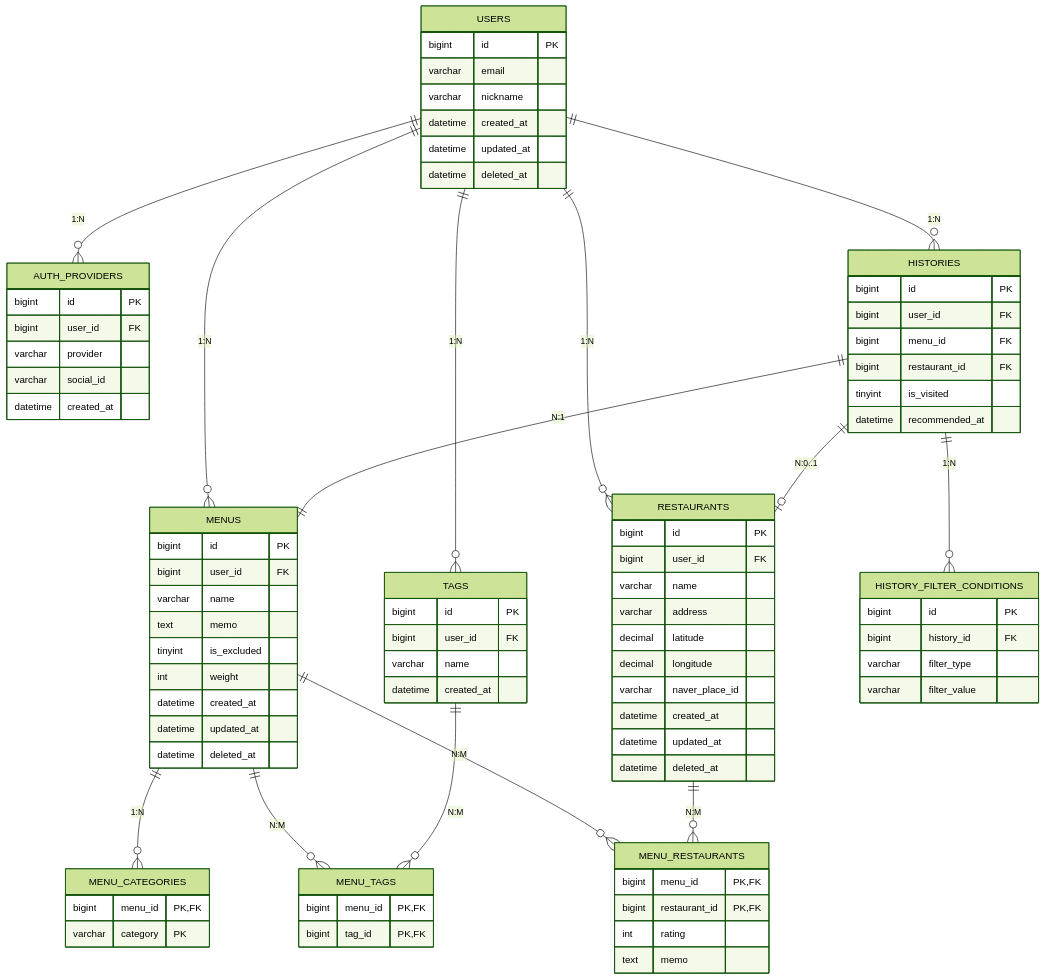
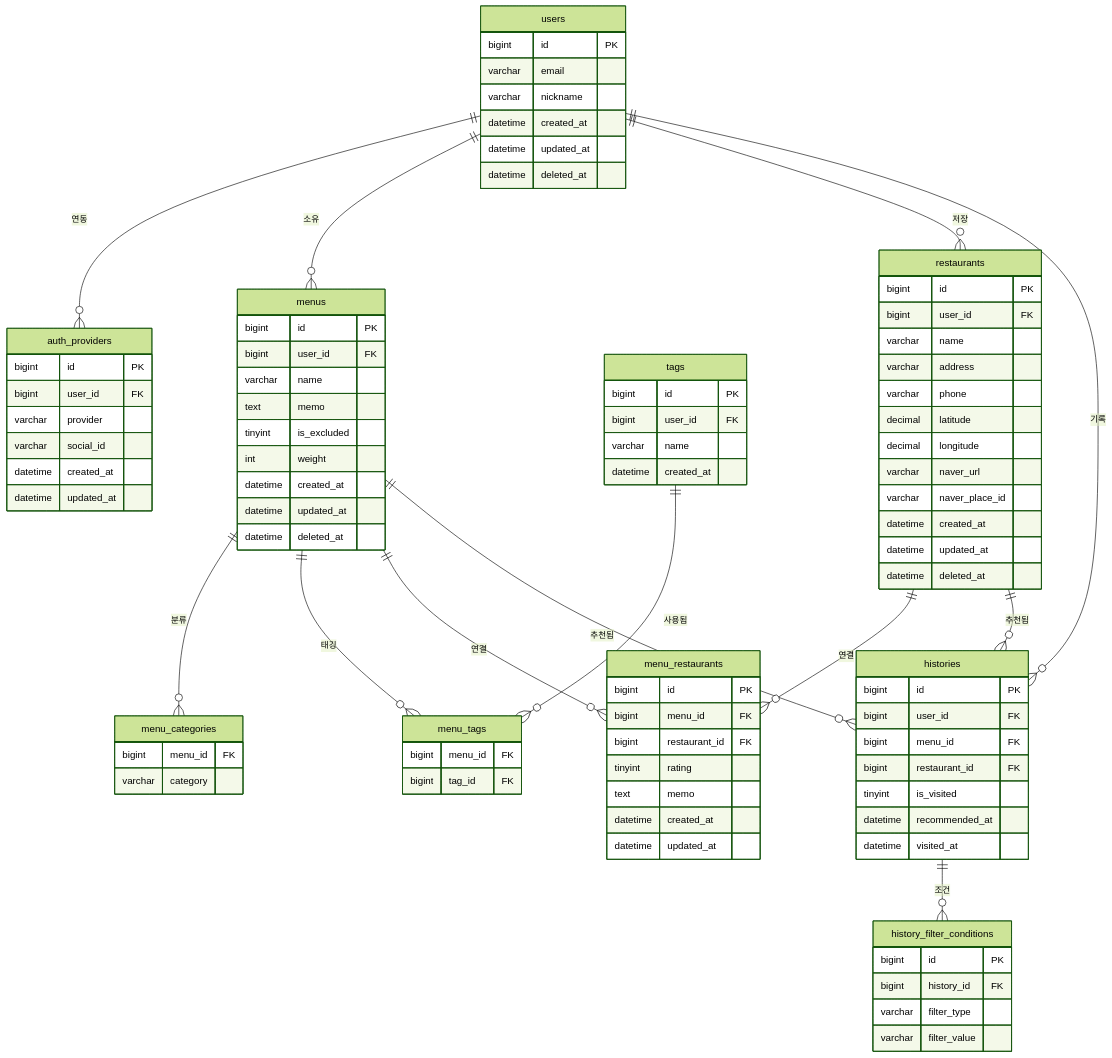
One commit to nameless0422/MenuPick changed the diagram in docs/Planning.md. Above: the diagram before and after it, drawn with Mermaid (forest theme). The commit also changed other lines of this file and 14 other files, not shown here.

````diff
--- a/docs/Planning.md
+++ b/docs/Planning.md
@@ -132,103 +245,95 @@
 ```mermaid
 erDiagram
-USERS ||--o{ AUTH_PROVIDERS : "1:N"
-USERS ||--o{ MENUS : "1:N"
-USERS ||--o{ TAGS : "1:N"
-USERS ||--o{ RESTAURANTS : "1:N"
-USERS ||--o{ HISTORIES : "1:N"
+  users {
+    bigint id PK
+    varchar email
+    varchar nickname
+    datetime created_at
+    datetime updated_at
+    datetime deleted_at
+  }
+  auth_providers {
+    bigint id PK
+    bigint user_id FK
+    varchar provider
+    varchar social_id
+    datetime created_at
+    datetime updated_at
+  }
+  menus {
+    bigint id PK
+    bigint user_id FK
+    varchar name
+    text memo
+    tinyint is_excluded
+    int weight
+    datetime created_at
+    datetime updated_at
+    datetime deleted_at
+  }
+  menu_categories {
+    bigint menu_id FK
+    varchar category
+  }
+  tags {
+    bigint id PK
+    bigint user_id FK
+    varchar name
+    datetime created_at
+  }
+  menu_tags {
+    bigint menu_id FK
+    bigint tag_id FK
+  }
+  restaurants {
+    bigint id PK
+    bigint user_id FK
+    varchar name
+    varchar address
+    varchar phone
+    decimal latitude
+    decimal longitude
+    varchar naver_url
+    varchar naver_place_id
+    datetime created_at
+    datetime updated_at
+    datetime deleted_at
+  }
+  menu_restaurants {
+    bigint id PK
+    bigint menu_id FK
+    bigint restaurant_id FK
+    tinyint rating
+    text memo
+    datetime created_at
+    datetime updated_at
+  }
+  histories {
+    bigint id PK
+    bigint user_id FK
+    bigint menu_id FK
+    bigint restaurant_id FK
+    tinyint is_visited
+    datetime recommended_at
+    datetime visited_at
+  }
+  history_filter_conditions {
+    bigint id PK
+    bigint history_id FK
+    varchar filter_type
+    varchar filter_value
+  }
 
-    MENUS ||--o{ MENU_CATEGORIES : "1:N"
-    MENUS ||--o{ MENU_TAGS : "N:M"
-    MENUS ||--o{ MENU_RESTAURANTS : "N:M"
-    
-    TAGS ||--o{ MENU_TAGS : "N:M"
-    RESTAURANTS ||--o{ MENU_RESTAURANTS : "N:M"
-
-    HISTORIES ||--|| MENUS : "N:1"
-    HISTORIES ||--o| RESTAURANTS : "N:0..1"
-    HISTORIES ||--o{ HISTORY_FILTER_CONDITIONS : "1:N"
-
-    %% ==================== 테이블 정의 ====================
-
-    USERS {
-        bigint id PK
-        varchar email
-        varchar nickname
-        datetime created_at
-        datetime updated_at
-        datetime deleted_at
-    }
-
-    AUTH_PROVIDERS {
-        bigint id PK
-        bigint user_id FK
-        varchar provider
-        varchar social_id
-        datetime created_at
-    }
-
-    MENUS {
-        bigint id PK
-        bigint user_id FK
-        varchar name
-        text memo
-        tinyint is_excluded
-        int weight
-        datetime created_at
-        datetime updated_at
-        datetime deleted_at
-    }
-
-    MENU_CATEGORIES {
-        bigint menu_id PK,FK
-        varchar category PK
-    }
-
-    TAGS {
-        bigint id PK
-        bigint user_id FK
-        varchar name
-        datetime created_at
-    }
-
-    MENU_TAGS {
-        bigint menu_id PK,FK
-        bigint tag_id PK,FK
-    }
-
-    RESTAURANTS {
-        bigint id PK
-        bigint user_id FK
-        varchar name
-        varchar address
-        decimal latitude
-        decimal longitude
-        varchar naver_place_id
-        datetime created_at
-        datetime updated_at
-        datetime deleted_at
-    }
-
-    MENU_RESTAURANTS {
-        bigint menu_id PK,FK
-        bigint restaurant_id PK,FK
-        int rating
-        text memo
-    }
-
-    HISTORIES {
-        bigint id PK
-        bigint user_id FK
-        bigint menu_id FK
-        bigint restaurant_id FK
-        tinyint is_visited
-        datetime recommended_at
-    }
-
-    HISTORY_FILTER_CONDITIONS {
-        bigint id PK
-        bigint history_id FK
-        varchar filter_type
-        varchar filter_value
-    }
+  users ||--o{ auth_providers : "연동"
+  users ||--o{ menus : "소유"
+  users ||--o{ restaurants : "저장"
+  users ||--o{ histories : "기록"
+  menus ||--o{ menu_categories : "분류"
+  menus ||--o{ menu_tags : "태깅"
+  menus ||--o{ menu_restaurants : "연결"
+  menus ||--o{ histories : "추천됨"
+  tags ||--o{ menu_tags : "사용됨"
+  restaurants ||--o{ menu_restaurants : "연결"
+  restaurants ||--o{ histories : "추천됨"
+  histories ||--o{ history_filter_conditions : "조건"
 ```
````
